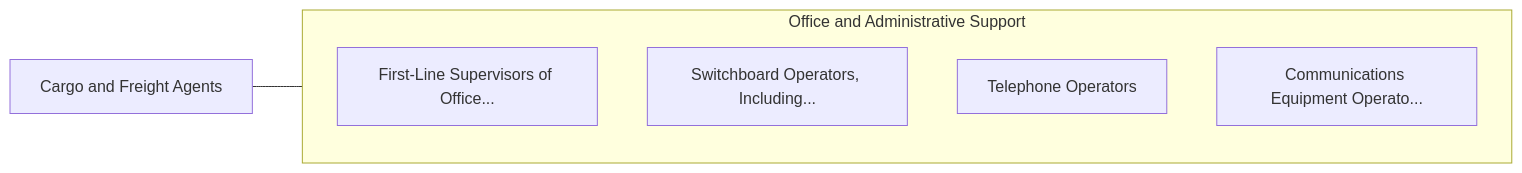
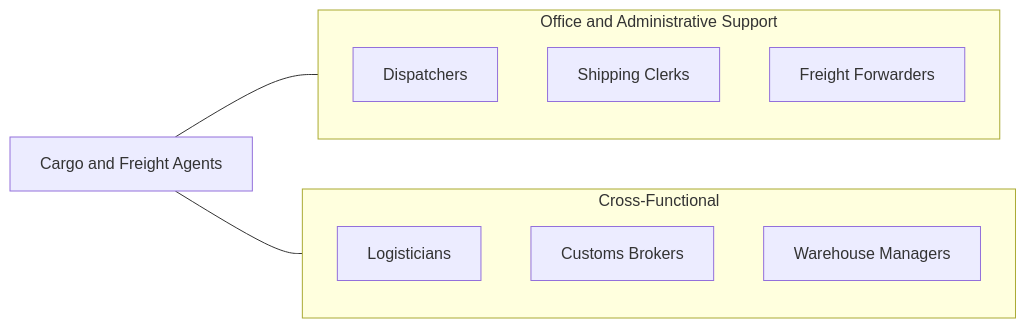
Before and after one commit to kziemski/business.org.ai: the fourth of 4 diagrams in occupations/Administrative/CargoAndFreightAgents.mdx, drawn with Mermaid. The commit also changed other lines of this file and 938 other files, not shown here.

````diff
--- a/occupations/Administrative/CargoAndFreightAgents.mdx
+++ b/occupations/Administrative/CargoAndFreightAgents.mdx
@@ -106,13 +149,19 @@
 ```mermaid
 graph LR
     Current["Cargo and Freight Agents"]
 
     subgraph SameCategory["Office and Administrative Support"]
-        FirstLineSupervisors["First-Line Supervisors of Office..."]
-        SwitchboardOperators["Switchboard Operators, Including..."]
-        TelephoneOperators["Telephone Operators"]
-        CommunicationsEquipm["Communications Equipment Operato..."]
+        Dispatchers["Dispatchers"]
+        ShippingClerks["Shipping Clerks"]
+        FreightFwd["Freight Forwarders"]
+    end
+
+    subgraph CrossFunctional["Cross-Functional"]
+        Logisticians["Logisticians"]
+        CustomsBrokers["Customs Brokers"]
+        WarehouseMgrs["Warehouse Managers"]
     end
 
     Current --- SameCategory
+    Current --- CrossFunctional
 ```
````
